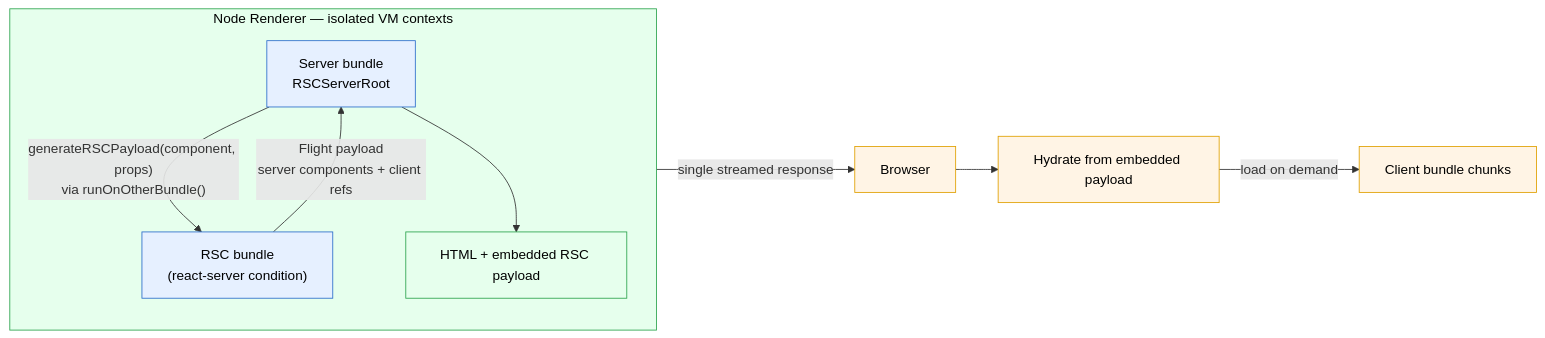
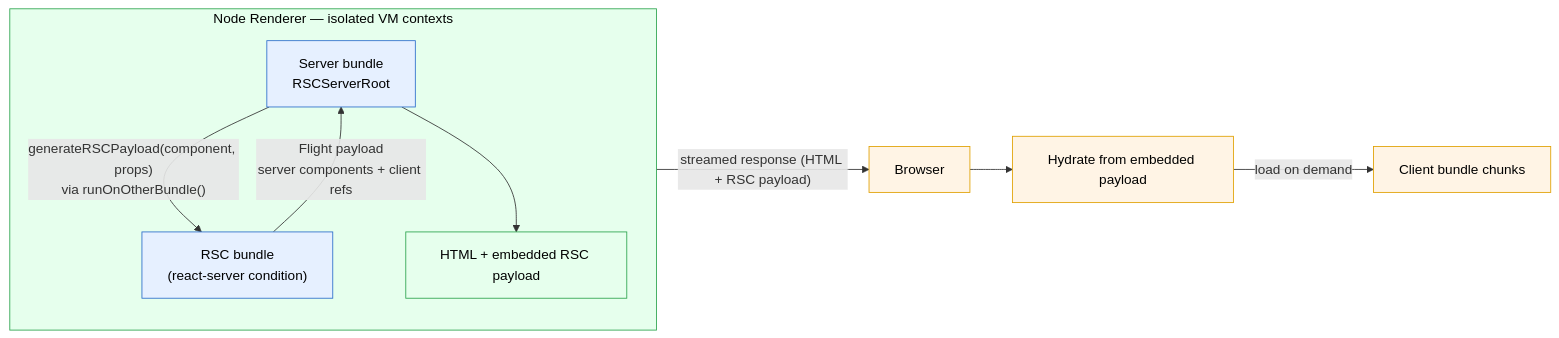
One commit to shakacode/react_on_rails changed the first of 2 diagrams in docs/pro/react-server-components/rendering-flow.md. Above: the diagram before and after it, drawn with Mermaid. The commit also changed 2 other files, not shown here.

Commit message:
Address final docs diagram review notes

````diff
--- a/docs/pro/react-server-components/rendering-flow.md
+++ b/docs/pro/react-server-components/rendering-flow.md
@@ -74,19 +74,19 @@
 ```mermaid
 flowchart LR
     subgraph NodeVM["Node Renderer — isolated VM contexts"]
         direction TB
         Server["Server bundle<br/>RSCServerRoot"] -- "generateRSCPayload(component, props)<br/>via runOnOtherBundle()" --> RSC["RSC bundle<br/>(react-server condition)"]
         RSC -- "Flight payload<br/>server components + client refs" --> Server
         Server --> HTML["HTML + embedded RSC payload"]
     end
-    HTML -- "single streamed response" --> Browser["Browser"]
+    HTML -- "streamed response (HTML + RSC payload)" --> Browser["Browser"]
     Browser --> Hydrate["Hydrate from embedded payload"]
     Hydrate -- "load on demand" --> Chunks["Client bundle chunks"]
     style NodeVM fill:#e6ffed,stroke:#2da44e,color:#000
     style Server fill:#e6f0ff,stroke:#2c6ecb,color:#000
     style RSC fill:#e6f0ff,stroke:#2c6ecb,color:#000
     style HTML fill:#e6ffed,stroke:#2da44e,color:#000
     style Browser fill:#fff4e5,stroke:#e0a000,color:#000
     style Hydrate fill:#fff4e5,stroke:#e0a000,color:#000
     style Chunks fill:#fff4e5,stroke:#e0a000,color:#000
 ```
````
